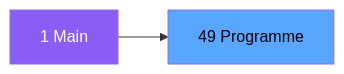
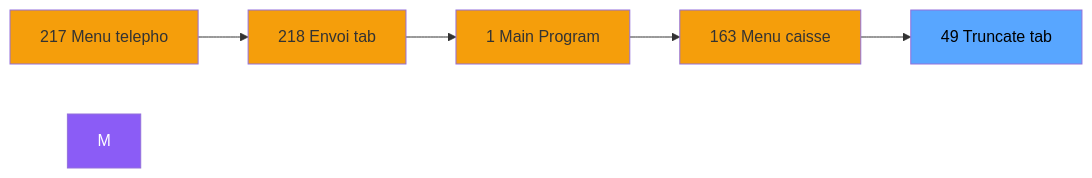
Before and after one commit to thonyAGP/magic-migration: the second of 3 diagrams in .openspec/specs/ADH-IDE-49.md, drawn with Mermaid. The commit also changed other lines of this file and 323 other files, not shown here.

````diff
--- a/.openspec/specs/ADH-IDE-49.md
+++ b/.openspec/specs/ADH-IDE-49.md
@@ -98,8 +105,18 @@
 ```mermaid
 graph LR
-    M[1 Main]
-    T[49 Programme]
-    M --> T
+    N217[217 Menu telepho]
+    N218[218    Envoi tab]
+    N1[1 Main Program]
+    N163[163 Menu caisse ]
+    T[49 Truncate tab]
+    N217 --> N218
+    N218 --> N1
+    N1 --> N163
+    N163 --> T
     style M fill:#8b5cf6,color:#fff
+    style N217 fill:#f59e0b
+    style N218 fill:#f59e0b
+    style N1 fill:#f59e0b
+    style N163 fill:#f59e0b
     style T fill:#58a6ff,color:#000
 ```
````
